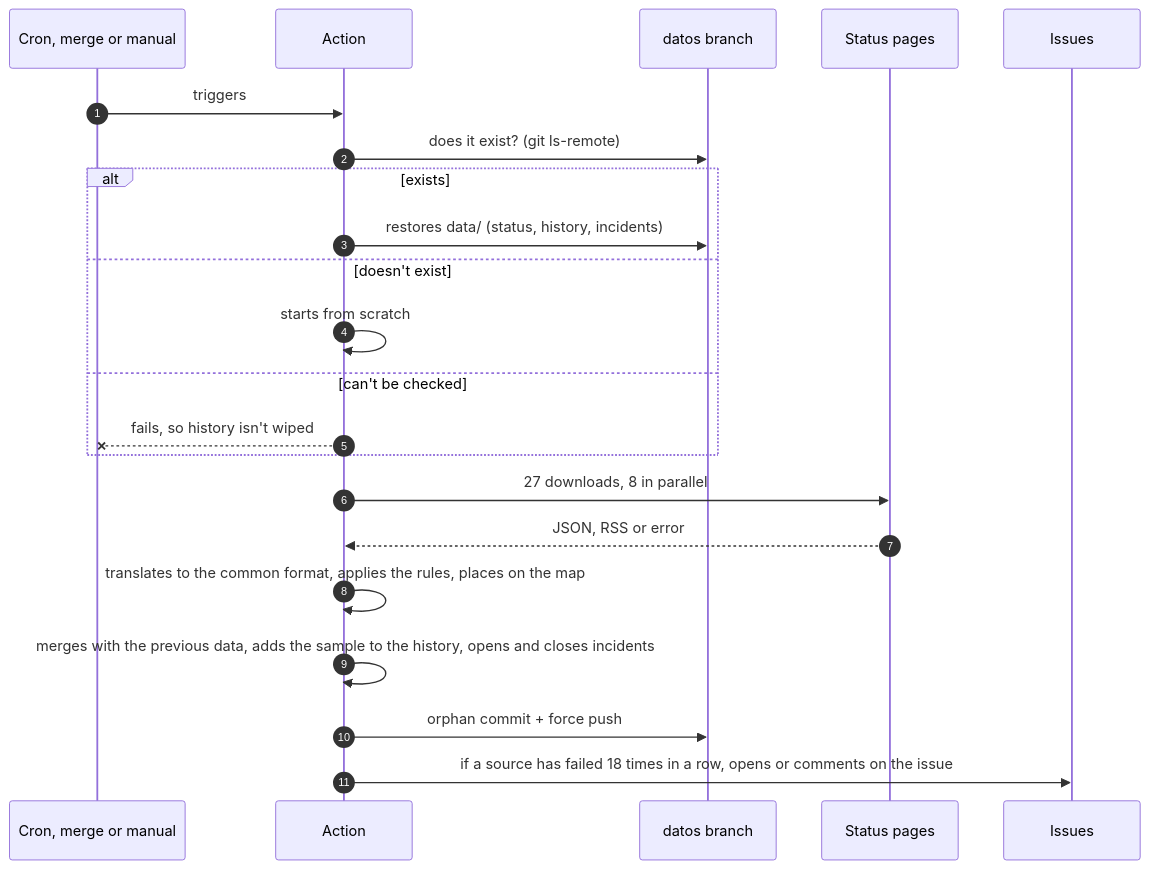
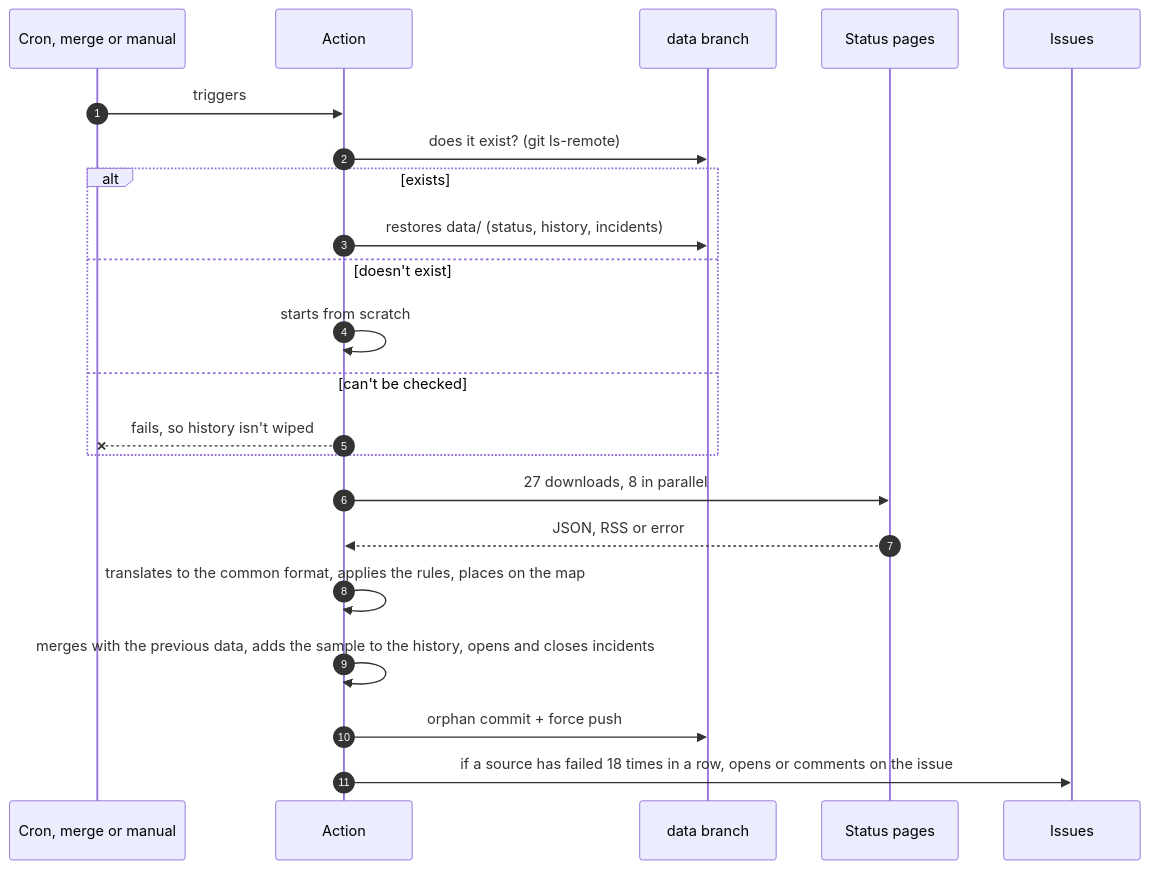
One commit to serbenda/uptime changed the third of 6 diagrams in README.md. Above: the diagram before and after it, drawn with Mermaid. The commit also changed other lines of this file and 44 other files, not shown here.

First line of the commit message:
Translate all the code to English and rename the datos branch to data

````diff
--- a/README.md
+++ b/README.md
@@ -613,24 +613,24 @@
 ```mermaid
 sequenceDiagram
   autonumber
   participant C as Cron, merge or manual
   participant A as Action
-  participant D as datos branch
+  participant D as data branch
   participant F as Status pages
   participant G as Issues
   C->>A: triggers
   A->>D: does it exist? (git ls-remote)
   alt exists
     A->>D: restores data/ (status, history, incidents)
   else doesn't exist
     A->>A: starts from scratch
   else can't be checked
     A--xC: fails, so history isn't wiped
   end
   A->>F: 27 downloads, 8 in parallel
   F-->>A: JSON, RSS or error
   A->>A: translates to the common format, applies the rules, places on the map
   A->>A: merges with the previous data, adds the sample to the history, opens and closes incidents
   A->>D: orphan commit + force push
   A->>G: if a source has failed 18 times in a row, opens or comments on the issue
 ```
````
